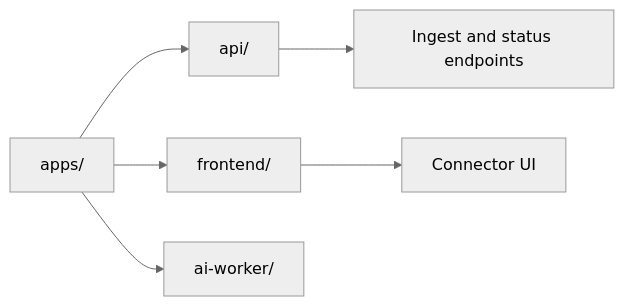
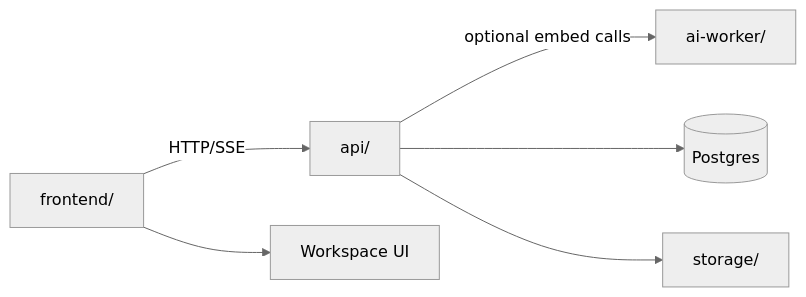
Before and after one commit to sx-tane/context-os: the diagram in apps/README.md, drawn with Mermaid (neutral theme). The commit also changed other lines of this file and 10 other files, not shown here.

````diff
--- a/apps/README.md
+++ b/apps/README.md
@@ -13,8 +7,8 @@
 ```mermaid
 flowchart LR
-	APPS[apps/] --> API[api/]
-	APPS --> FE[frontend/]
-	APPS --> AI[ai-worker/]
-	FE --> UI[Connector UI]
-	API --> HTTP[Ingest and status endpoints]
+  FE[frontend/] -->|HTTP/SSE| API[api/]
+  API -->|optional embed calls| AI[ai-worker/]
+  API --> DB[(Postgres)]
+  API --> STORE[storage/]
+  FE --> USER[Workspace UI]
 ```
````
